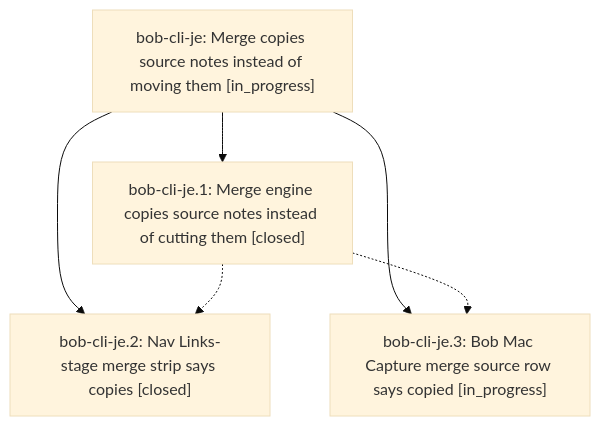
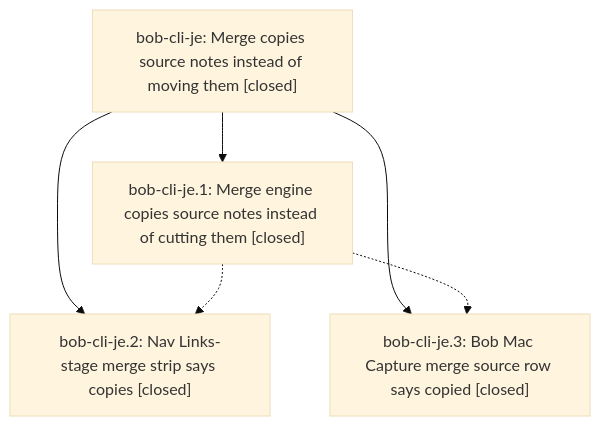
The diagram in pages/bob-cli-je/README.md (bobs-org/bob-cli--beads), drawn with Mermaid (base theme) before and after one commit. The commit also changed other lines of this file and 3 other files, not shown here.

First line of the commit message:
chore(beads): sync bead state and pages for bob-cli-je

````diff
--- a/pages/bob-cli-je/README.md
+++ b/pages/bob-cli-je/README.md
@@ -38,12 +49,12 @@
 ```mermaid
 flowchart TD
-    n0["bob-cli-je: Merge copies source notes instead of moving them [in_progress]"]
+    n0["bob-cli-je: Merge copies source notes instead of moving them [closed]"]
     n1["bob-cli-je.1: Merge engine copies source notes instead of cutting them [closed]"]
     n2["bob-cli-je.2: Nav Links-stage merge strip says copies [closed]"]
-    n3["bob-cli-je.3: Bob Mac Capture merge source row says copied [in_progress]"]
+    n3["bob-cli-je.3: Bob Mac Capture merge source row says copied [closed]"]
     n0 --> n1
     n0 --> n2
     n0 --> n3
     n1 -.-> n2
     n1 -.-> n3
 ```
````
